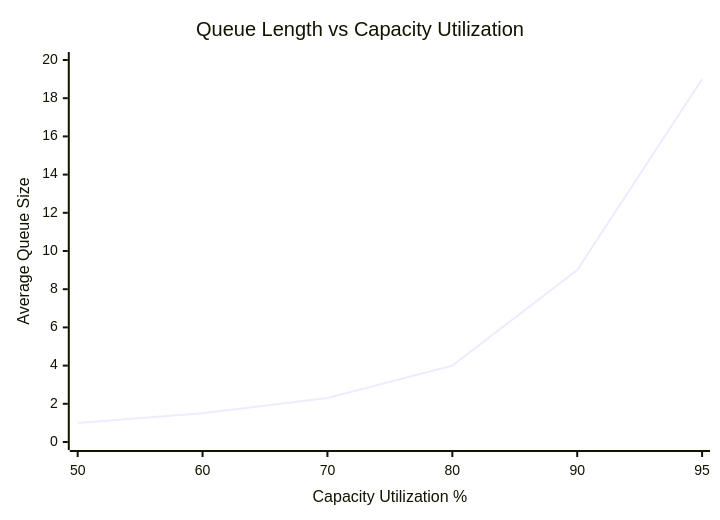
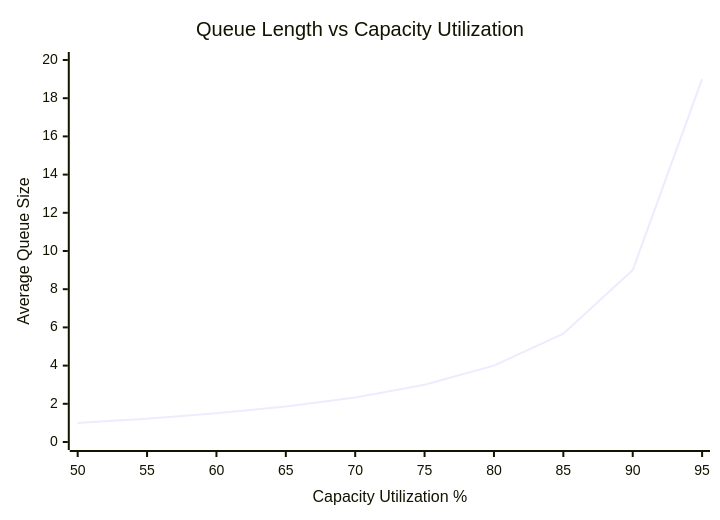
One commit to ttoss/ttoss changed the diagram in docs/website/docs/product/03-product-development/02-principles.md. Above: the diagram before and after it, drawn with Mermaid. The commit also changed 3 other files, not shown here.

````diff
--- a/docs/website/docs/product/03-product-development/02-principles.md
+++ b/docs/website/docs/product/03-product-development/02-principles.md
@@ -158,7 +158,7 @@
 ```mermaid
 xychart-beta
     title "Queue Length vs Capacity Utilization"
-    x-axis "Capacity Utilization %" [50, 60, 70, 80, 90, 95]
+    x-axis "Capacity Utilization %" [50, 55, 60, 65, 70, 75, 80, 85, 90, 95]
     y-axis "Average Queue Size" 0 --> 20
-    line [1, 1.5, 2.3, 4, 9, 19]
+    line [1, 1.22, 1.5, 1.86, 2.33, 3, 4, 5.67, 9, 19]
 ```
````
